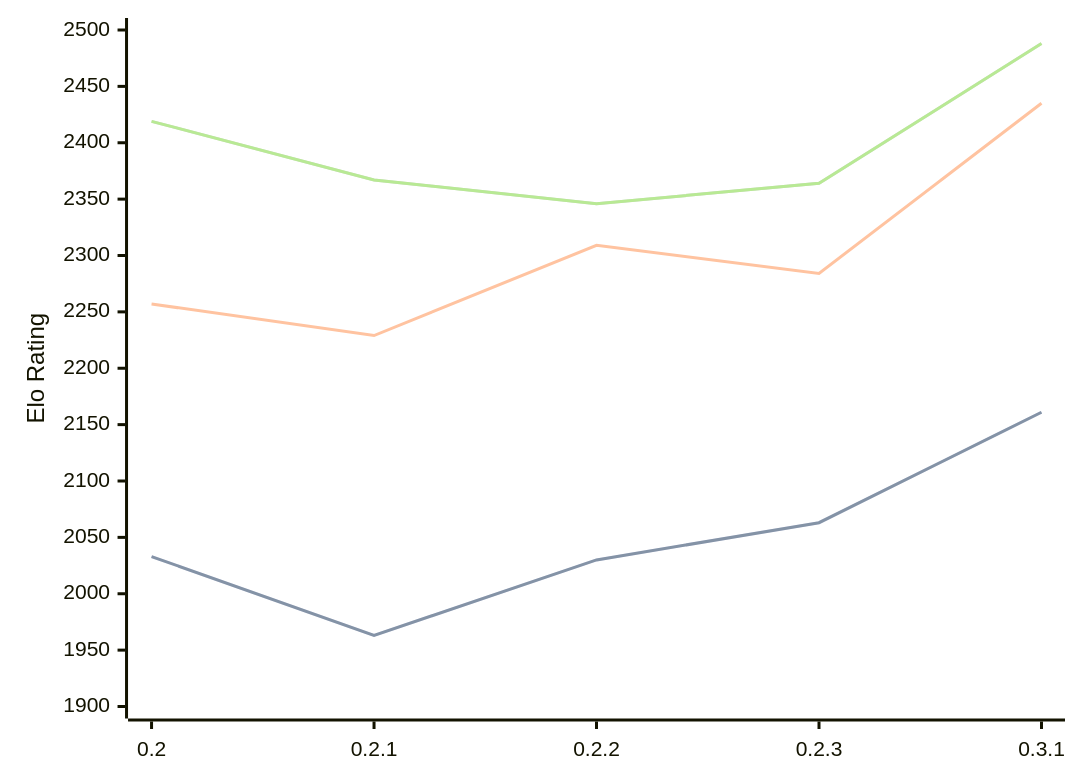
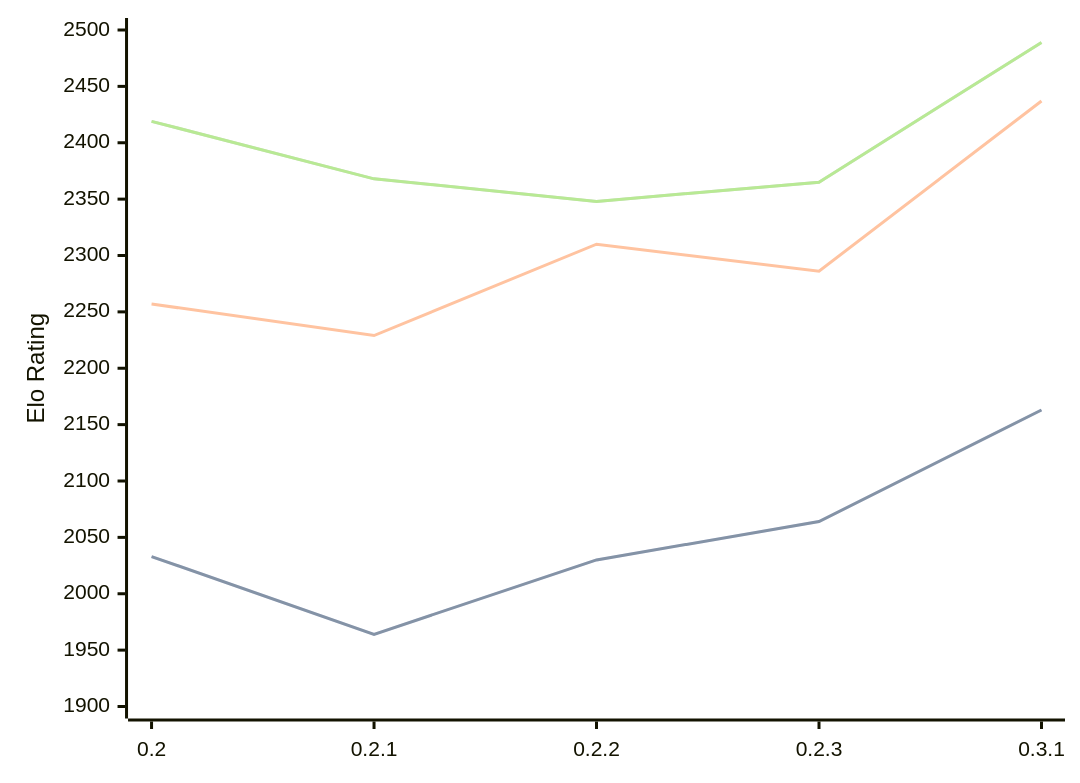
The diagram in engines/Lolbot.md (computer-chess-index/cci), drawn with Mermaid before and after one commit. The commit also changed other lines of this file, not shown here.

Commit message:
Update CCI Ratings (ELO VLTC) - 2026-05-04

````diff
--- a/engines/Lolbot.md
+++ b/engines/Lolbot.md
@@ -36,11 +36,11 @@
 ```mermaid
 %%{init: {"theme":"base","themeVariables":{"seriesColors:['#a3a3a3','#222221','#faa371']}}}%%
 xychart-beta
   x-axis ["0.2", "0.2.1", "0.2.2", "0.2.3", "0.3.1"]
   y-axis "Elo Rating" 1900 --> 2500
-  line "STC (8.0+0.08s)" [2033, 1963, 2030, 2063, 2161]
-  line "STC (8.0+0.08s)" [2033, 1963, 2030, 2063, 2161]
-  line "LTC (60.0+0.60s)" [2257, 2229, 2309, 2284, 2435]
-  line "VLTC (2m24s+1.12s)" [2419, 2367, 2346, 2364, 2488]
-  line "VLTC (2m24s+1.12s)" [2419, 2367, 2346, 2364, 2488]
+  line "STC (8.0+0.08s)" [2033, 1964, 2030, 2064, 2163]
+  line "STC (8.0+0.08s)" [2033, 1964, 2030, 2064, 2163]
+  line "LTC (60.0+0.60s)" [2257, 2229, 2310, 2286, 2437]
+  line "VLTC (2m24s+1.12s)" [2419, 2368, 2348, 2365, 2489]
+  line "VLTC (2m24s+1.12s)" [2419, 2368, 2348, 2365, 2489]
 ```
````
